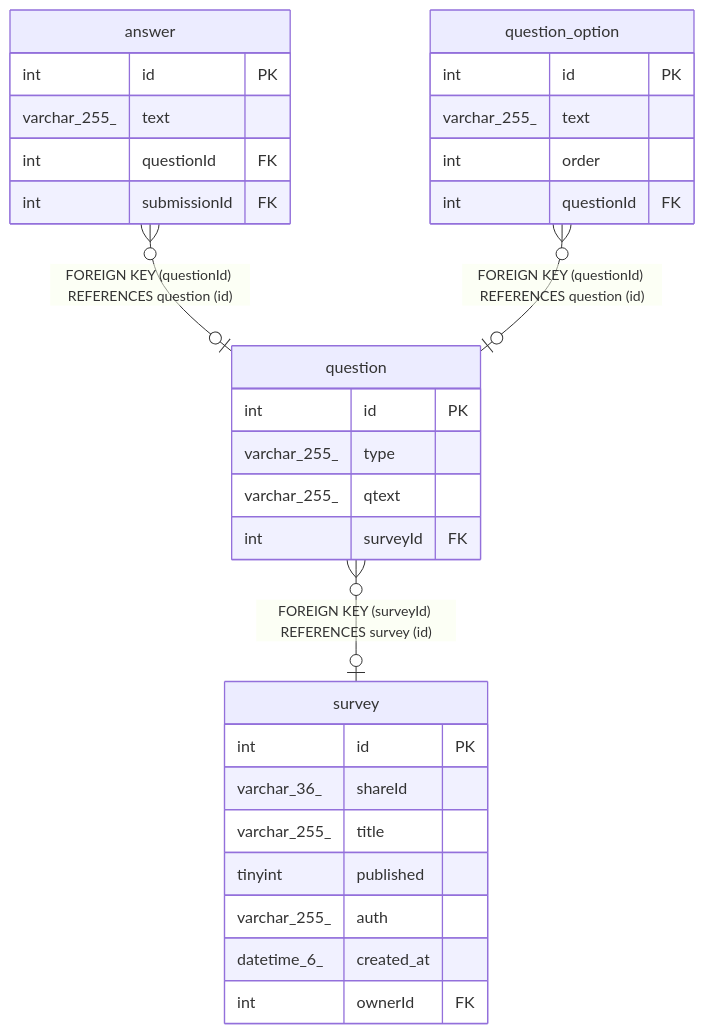
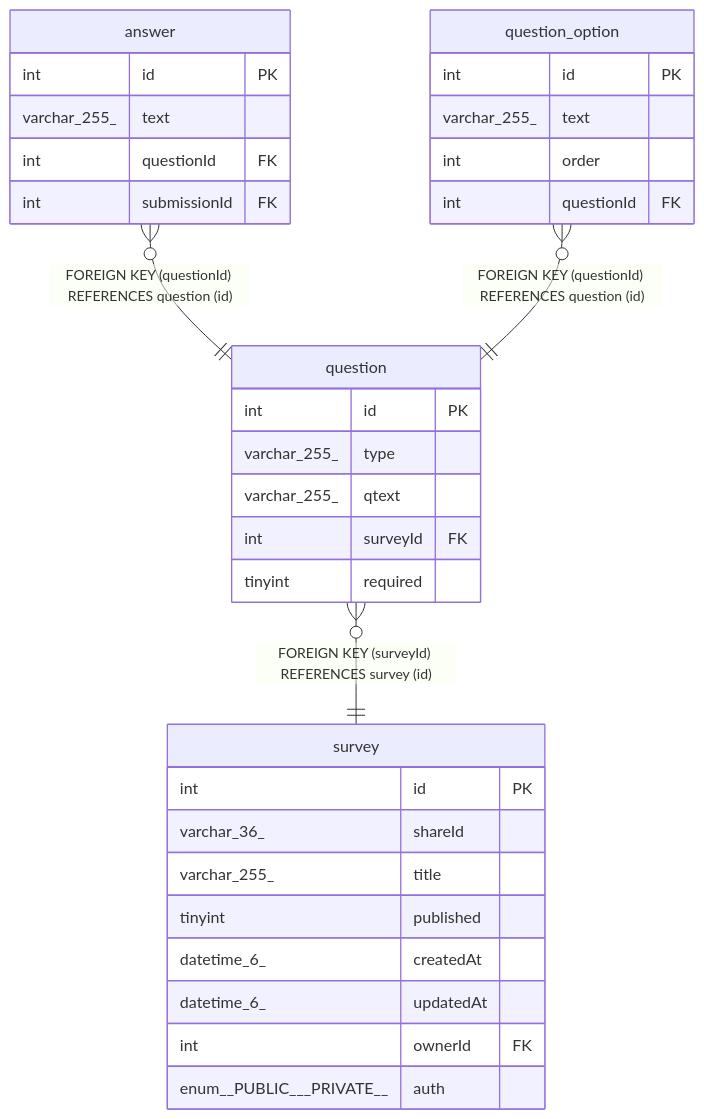
One commit to BepHblVI/First-nest changed the diagram in docs/database/question.md. Above: the diagram before and after it, drawn with Mermaid. The commit also changed other lines of this file and 16 other files, not shown here.

````diff
--- a/docs/database/question.md
+++ b/docs/database/question.md
@@ -47,35 +49,37 @@
 ```mermaid
 erDiagram
 
-"answer" }o--o| "question" : "FOREIGN KEY (questionId) REFERENCES question (id)"
-"question_option" }o--o| "question" : "FOREIGN KEY (questionId) REFERENCES question (id)"
-"question" }o--o| "survey" : "FOREIGN KEY (surveyId) REFERENCES survey (id)"
+"answer" }o--|| "question" : "FOREIGN KEY (questionId) REFERENCES question (id)"
+"question_option" }o--|| "question" : "FOREIGN KEY (questionId) REFERENCES question (id)"
+"question" }o--|| "survey" : "FOREIGN KEY (surveyId) REFERENCES survey (id)"
 
 "question" {
   int id PK
   varchar_255_ type
   varchar_255_ qtext
   int surveyId FK
+  tinyint required
 }
 "answer" {
   int id PK
   varchar_255_ text
   int questionId FK
   int submissionId FK
 }
 "question_option" {
   int id PK
   varchar_255_ text
   int order
   int questionId FK
 }
 "survey" {
   int id PK
   varchar_36_ shareId
   varchar_255_ title
   tinyint published
-  varchar_255_ auth
-  datetime_6_ created_at
+  datetime_6_ createdAt
+  datetime_6_ updatedAt
   int ownerId FK
+  enum__PUBLIC___PRIVATE__ auth
 }
 ```
````
